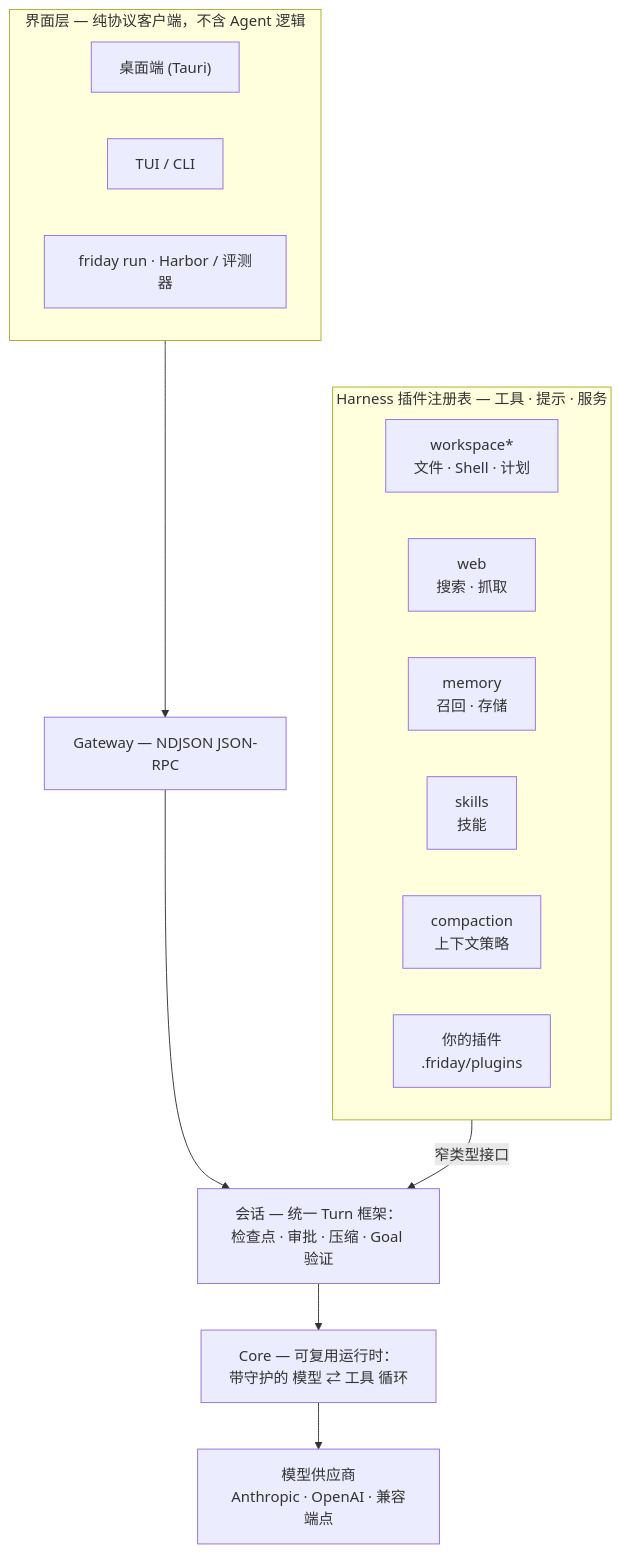
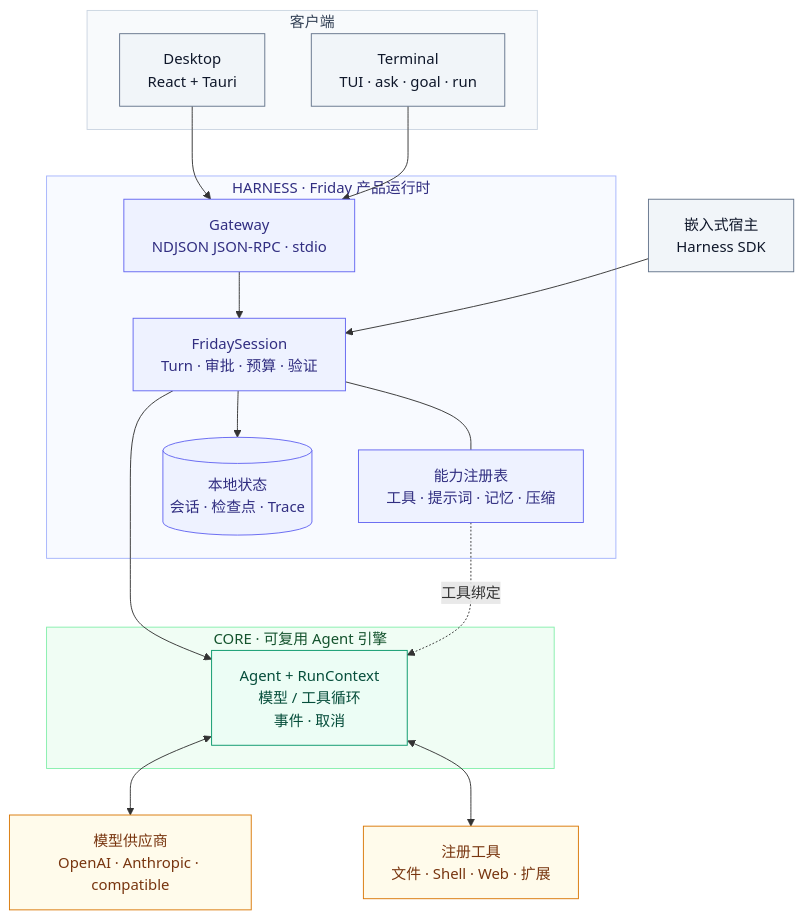
One commit to Lancetwang/friday changed the diagram in README.zh-CN.md. Above: the diagram before and after it, drawn with Mermaid. The commit also changed other lines of this file and 10 other files, not shown here.

Commit message:
fix: account for partial model usage and refresh runtime docs

````diff
--- a/README.zh-CN.md
+++ b/README.zh-CN.md
@@ -110,23 +110,44 @@
 ```mermaid
 flowchart TB
-    subgraph Surfaces["界面层 — 纯协议客户端，不含 Agent 逻辑"]
-        direction LR
-        Desktop["桌面端 (Tauri)"]
-        TUI["TUI / CLI"]
-        Headless["friday run · Harbor / 评测器"]
+    subgraph clients["客户端"]
+        desktop["Desktop<br/>React + Tauri"]
+        terminal["Terminal<br/>TUI · ask · goal · run"]
     end
-    Surfaces --> Gateway["Gateway — NDJSON JSON-RPC"]
-    Gateway --> Session["会话 — 统一 Turn 框架：<br/>检查点 · 审批 · 压缩 · Goal 验证"]
-    subgraph Registry["Harness 插件注册表 — 工具 · 提示 · 服务"]
-        direction LR
-        Workspace["workspace*<br/>文件 · Shell · 计划"]
-        Web["web<br/>搜索 · 抓取"]
-        Memory["memory<br/>召回 · 存储"]
-        Skills["skills<br/>技能"]
-        Compaction["compaction<br/>上下文策略"]
-        External["你的插件<br/>.friday/plugins"]
+    sdk["嵌入式宿主<br/>Harness SDK"]
+
+    subgraph harness["HARNESS · Friday 产品运行时"]
+        gateway["Gateway<br/>NDJSON JSON-RPC · stdio"]
+        session["FridaySession<br/>Turn · 审批 · 预算 · 验证"]
+        capabilities["能力注册表<br/>工具 · 提示词 · 记忆 · 压缩"]
+        state[("本地状态<br/>会话 · 检查点 · Trace")]
+        gateway --> session
+        session --- capabilities
+        session --> state
     end
-    Registry -- "窄类型接口" --> Session
-    Session --> Core["Core — 可复用运行时：<br/>带守护的 模型 ⇄ 工具 循环"]
-    Core --> Providers["模型供应商<br/>Anthropic · OpenAI · 兼容端点"]
+
+    subgraph core["CORE · 可复用 Agent 引擎"]
+        agent["Agent + RunContext<br/>模型 / 工具循环<br/>事件 · 取消"]
+    end
+    model["模型供应商<br/>OpenAI · Anthropic · compatible"]
+    tools["注册工具<br/>文件 · Shell · Web · 扩展"]
+
+    desktop --> gateway
+    terminal --> gateway
+    sdk --> session
+    session --> agent
+    capabilities -. 工具绑定 .-> agent
+    agent <--> model
+    agent <--> tools
+
+    style clients fill:#f8fafc,stroke:#cbd5e1,color:#334155
+    style harness fill:#f8faff,stroke:#a5b4fc,color:#312e81
+    style core fill:#f0fdf4,stroke:#86efac,color:#14532d
+    classDef client fill:#f1f5f9,stroke:#64748b,color:#0f172a
+    classDef runtime fill:#eef2ff,stroke:#6366f1,color:#312e81
+    classDef engine fill:#ecfdf5,stroke:#059669,color:#064e3b
+    classDef endpoint fill:#fffbeb,stroke:#d97706,color:#78350f
+    class desktop,terminal,sdk client
+    class gateway,session,capabilities,state runtime
+    class agent engine
+    class model,tools endpoint
 ```
````
